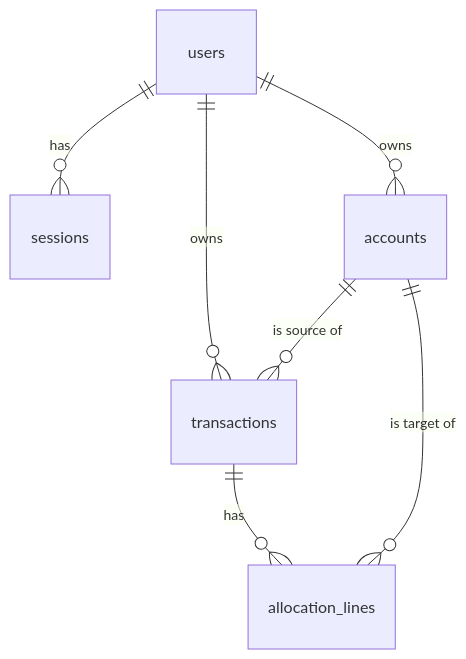
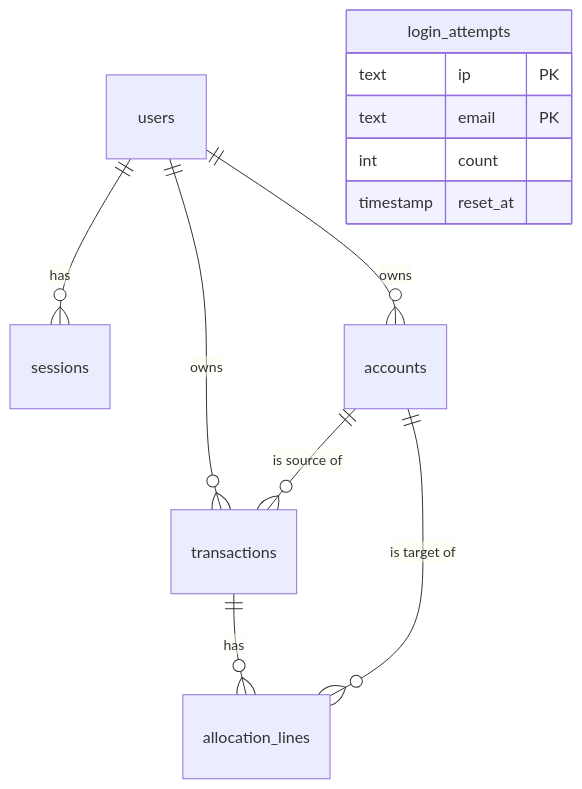
The diagram in docs/system-sds.md (Finyakginshabu/pangtao), drawn with Mermaid before and after one commit. The commit also changed other lines of this file and 4 other files, not shown here.

````diff
--- a/docs/system-sds.md
+++ b/docs/system-sds.md
@@ -45,9 +45,15 @@
 ```mermaid
 erDiagram
     users ||--o{ sessions : has
     users ||--o{ accounts : owns
     users ||--o{ transactions : owns
     accounts ||--o{ transactions : "is source of"
     transactions ||--o{ allocation_lines : has
     accounts ||--o{ allocation_lines : "is target of"
+    login_attempts {
+        text ip PK
+        text email PK
+        int count
+        timestamp reset_at
+    }
 ```
````
